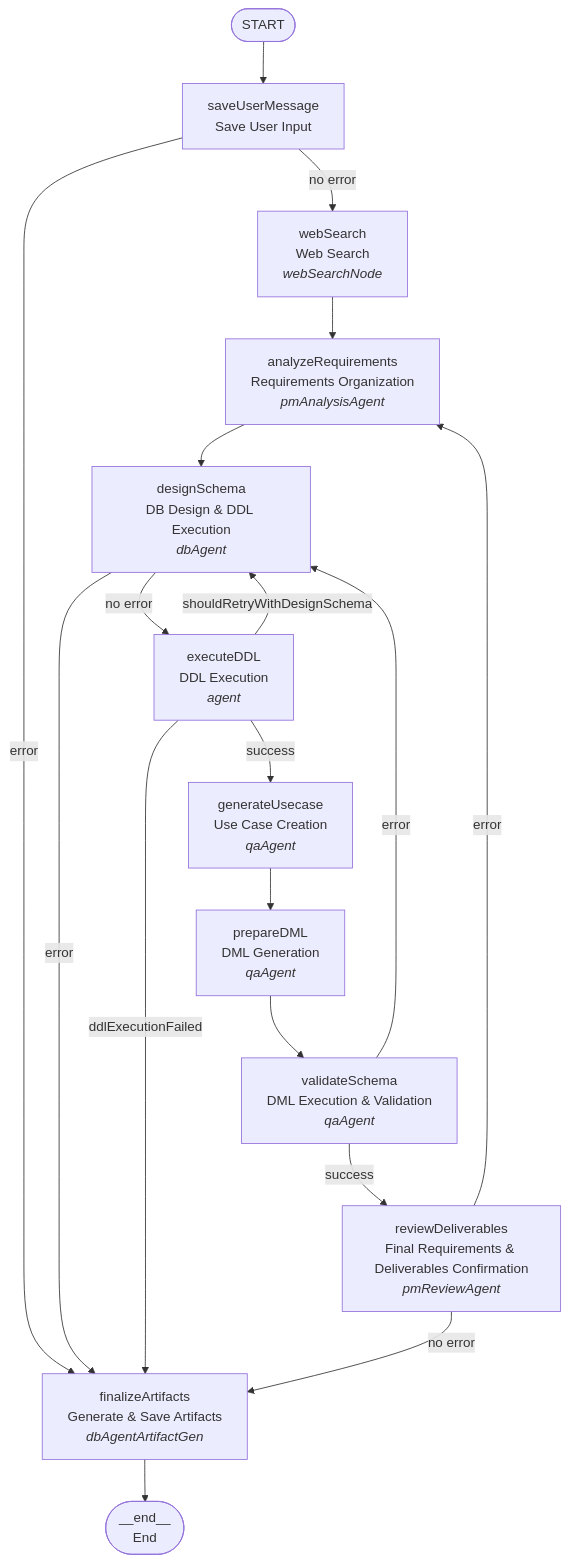
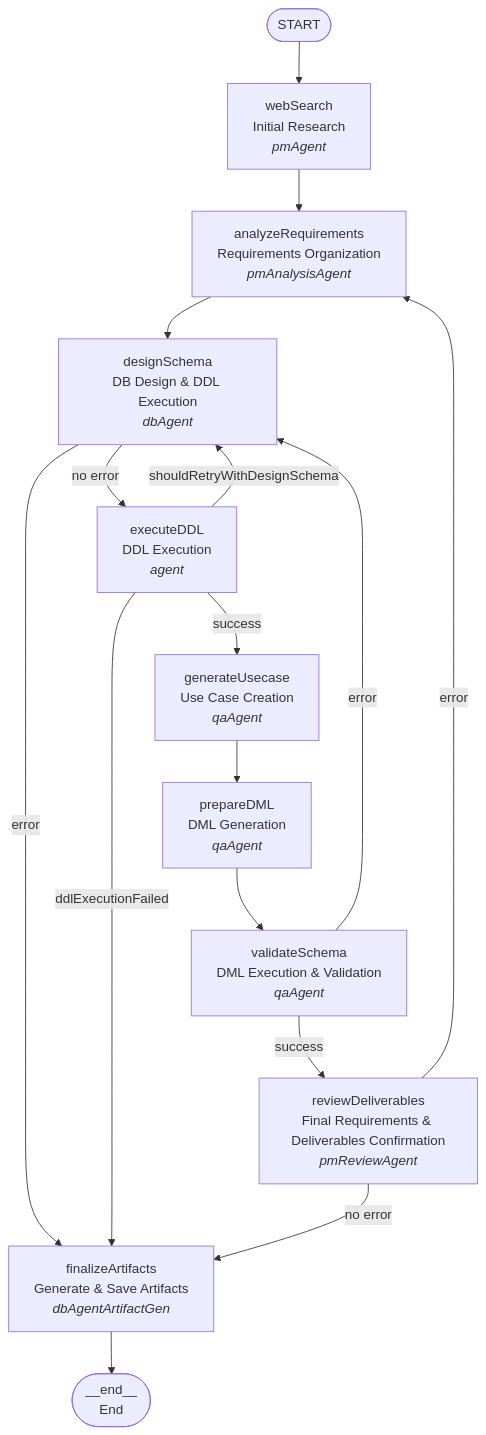
One commit to yzkee/liam changed the diagram in frontend/internal-packages/agent/src/chat/workflow/README.md. Above: the diagram before and after it, drawn with Mermaid. The commit also changed other lines of this file and 8 other files, not shown here.

First line of the commit message:
feat(agent): implement automatic timeline sync for deepModeling workflow

````diff
--- a/frontend/internal-packages/agent/src/chat/workflow/README.md
+++ b/frontend/internal-packages/agent/src/chat/workflow/README.md
@@ -7,34 +7,31 @@
 ```mermaid
 flowchart TD
     START([START])
-    SAVE[saveUserMessage<br/>Save User Input]
-    WEBSEARCH[webSearch<br/>Web Search<br/><i>webSearchNode</i>]
+    WEBSEARCH[webSearch<br/>Initial Research<br/><i>pmAgent</i>]
     ANALYZE[analyzeRequirements<br/>Requirements Organization<br/><i>pmAnalysisAgent</i>]
     DESIGN[designSchema<br/>DB Design & DDL Execution<br/><i>dbAgent</i>]
     EXECUTE_DDL[executeDDL<br/>DDL Execution<br/><i>agent</i>]
     GENERATE_USECASE[generateUsecase<br/>Use Case Creation<br/><i>qaAgent</i>]
     PREPARE_DML[prepareDML<br/>DML Generation<br/><i>qaAgent</i>]
     VALIDATE[validateSchema<br/>DML Execution & Validation<br/><i>qaAgent</i>]
     REVIEW[reviewDeliverables<br/>Final Requirements & Deliverables Confirmation<br/><i>pmReviewAgent</i>]
     FINALIZE[finalizeArtifacts<br/>Generate & Save Artifacts<br/><i>dbAgentArtifactGen</i>]
     END([__end__<br/>End])
 
-    START --> SAVE
-    SAVE -->|no error| WEBSEARCH
-    SAVE -->|error| FINALIZE
+    START --> WEBSEARCH
     WEBSEARCH --> ANALYZE
     ANALYZE --> DESIGN
     DESIGN -->|no error| EXECUTE_DDL
     DESIGN -->|error| FINALIZE
     EXECUTE_DDL -->|success| GENERATE_USECASE
     EXECUTE_DDL -->|shouldRetryWithDesignSchema| DESIGN
     EXECUTE_DDL -->|ddlExecutionFailed| FINALIZE
     GENERATE_USECASE --> PREPARE_DML
     PREPARE_DML --> VALIDATE
     VALIDATE -->|success| REVIEW
     VALIDATE -->|error| DESIGN
     REVIEW -->|no error| FINALIZE
     REVIEW -->|error| ANALYZE
     FINALIZE --> END
 
 ```
````
